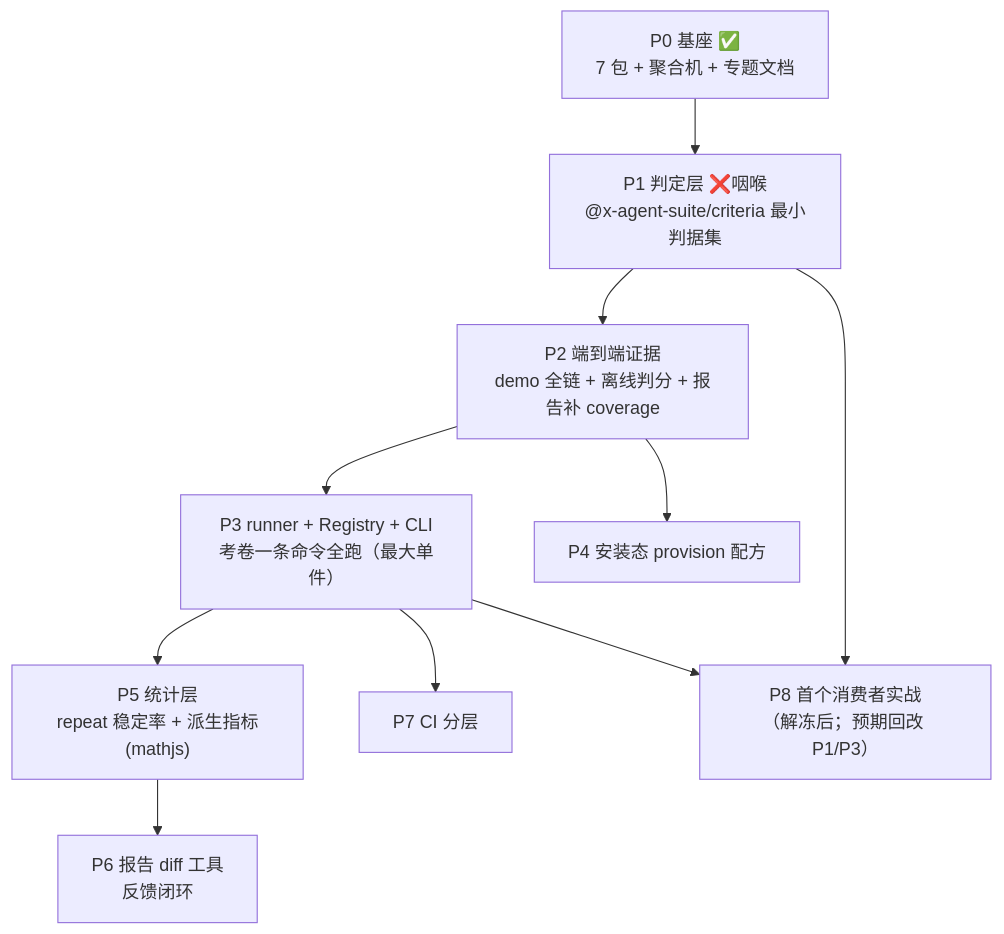
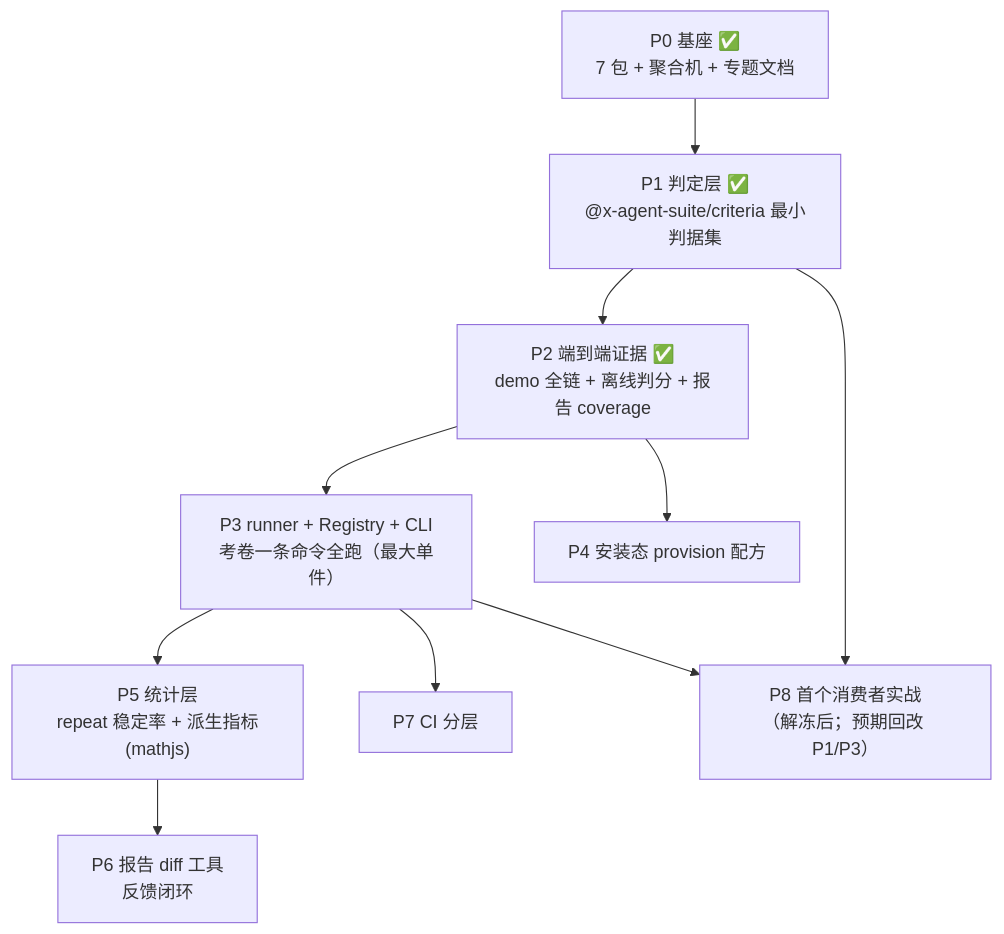
The diagram in docs/spec/capability-system.md (xnightsky/x-agent-suite), drawn with Mermaid before and after one commit. The commit also changed other lines of this file and 12 other files, not shown here.

````diff
--- a/docs/spec/capability-system.md
+++ b/docs/spec/capability-system.md
@@ -114,12 +114,12 @@
 ```mermaid
 flowchart TD
-    P0["P0 基座 ✅<br/>7 包 + 聚合机 + 专题文档"] --> P1["P1 判定层 ❌咽喉<br/>@x-agent-suite/criteria 最小判据集"]
-    P1 --> P2["P2 端到端证据<br/>demo 全链 + 离线判分 + 报告补 coverage"]
+    P0["P0 基座 ✅<br/>7 包 + 聚合机 + 专题文档"] --> P1["P1 判定层 ✅<br/>@x-agent-suite/criteria 最小判据集"]
+    P1 --> P2["P2 端到端证据 ✅<br/>demo 全链 + 离线判分 + 报告 coverage"]
     P2 --> P3["P3 runner + Registry + CLI<br/>考卷一条命令全跑（最大单件）"]
     P2 --> P4["P4 安装态 provision 配方"]
     P3 --> P5["P5 统计层<br/>repeat 稳定率 + 派生指标(mathjs)"]
     P5 --> P6["P6 报告 diff 工具<br/>反馈闭环"]
     P3 --> P7["P7 CI 分层"]
     P1 --> P8["P8 首个消费者实战<br/>（解冻后；预期回改 P1/P3）"]
     P3 --> P8
 ```
````
